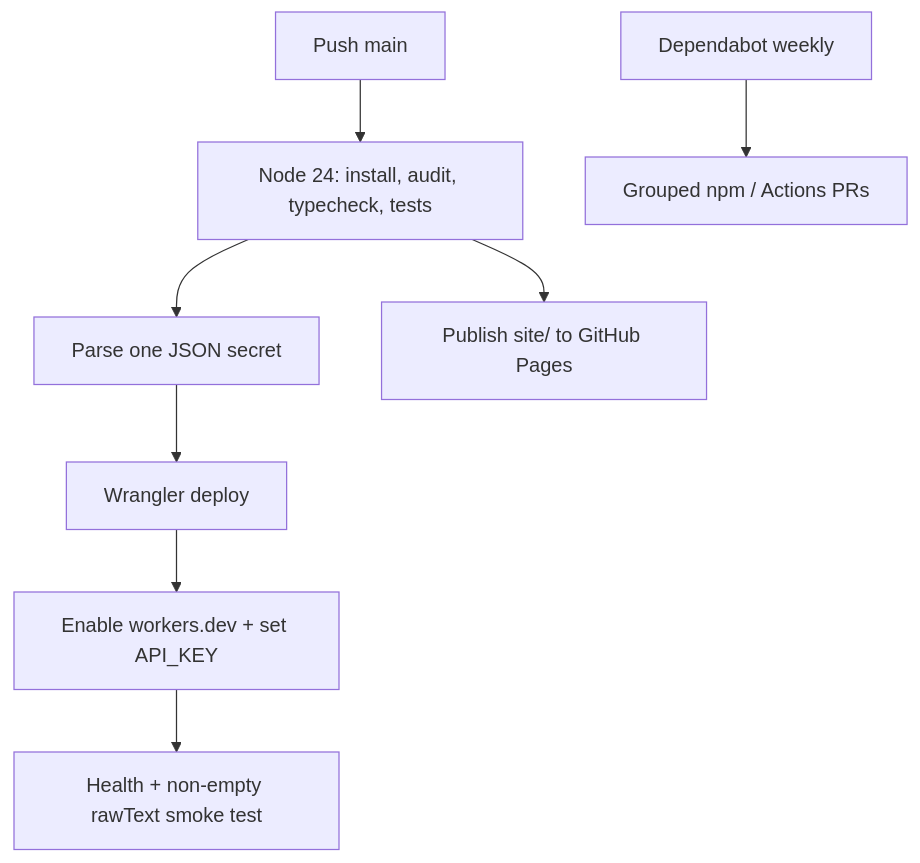
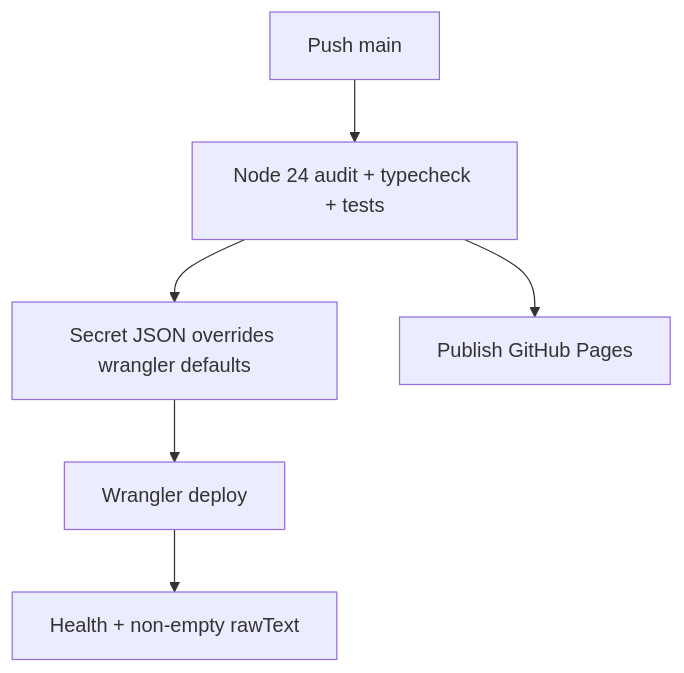
One commit to oh250515-ai/cloudfare-worker-image-hos changed the second of 2 diagrams in README.md. Above: the diagram before and after it, drawn with Mermaid. The commit also changed other lines of this file and 2 other files, not shown here.

Commit message:
feat: add Deploy to Cloudflare and public config fallback

````diff
--- a/README.md
+++ b/README.md
@@ -66,10 +115,8 @@
 ```mermaid
 flowchart TD
-  Push[Push main] --> Test[Node 24: install, audit, typecheck, tests]
-  Test --> WorkerJob[Parse one JSON secret]
-  WorkerJob --> Deploy[Wrangler deploy]
-  Deploy --> Route[Enable workers.dev + set API_KEY]
-  Route --> Smoke[Health + non-empty rawText smoke test]
-  Test --> Pages[Publish site/ to GitHub Pages]
-  Dependabot[Dependabot weekly] --> PR[Grouped npm / Actions PRs]
+  Push[Push main] --> Test[Node 24 audit + typecheck + tests]
+  Test --> Parse[Secret JSON overrides wrangler defaults]
+  Parse --> Deploy[Wrangler deploy]
+  Deploy --> Smoke[Health + non-empty rawText]
+  Test --> Pages[Publish GitHub Pages]
 ```
````
